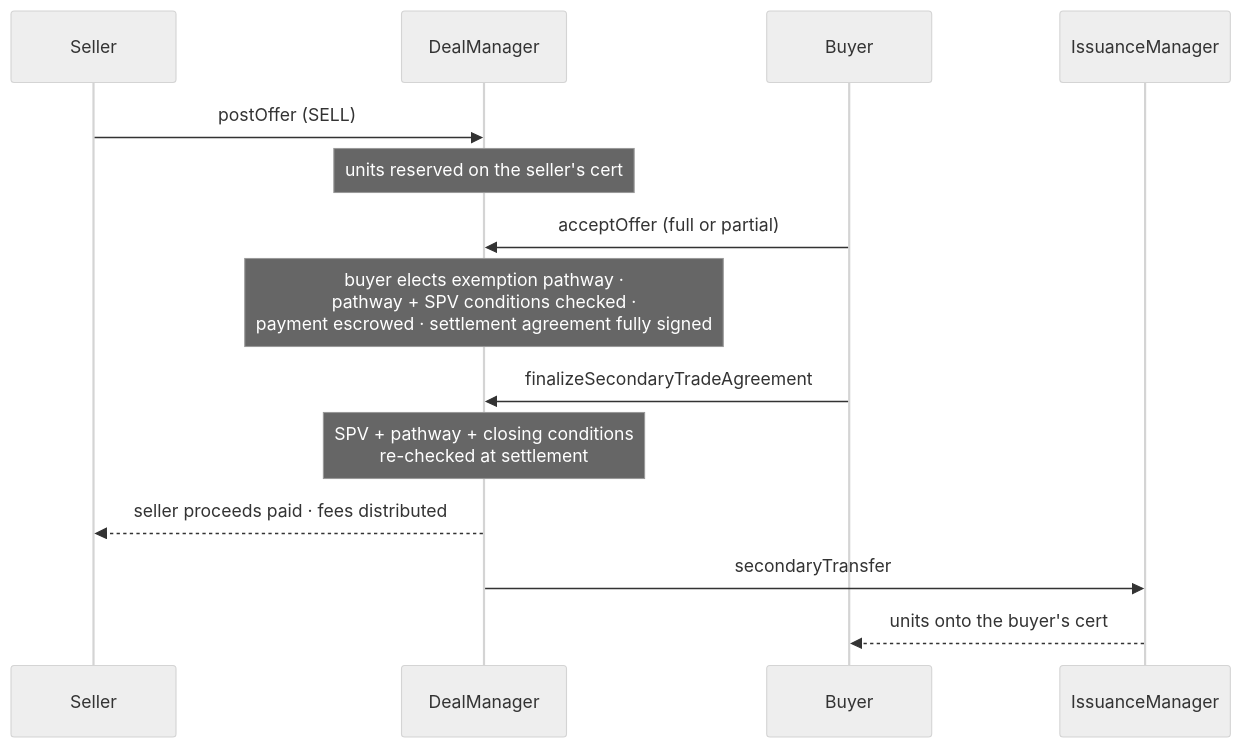
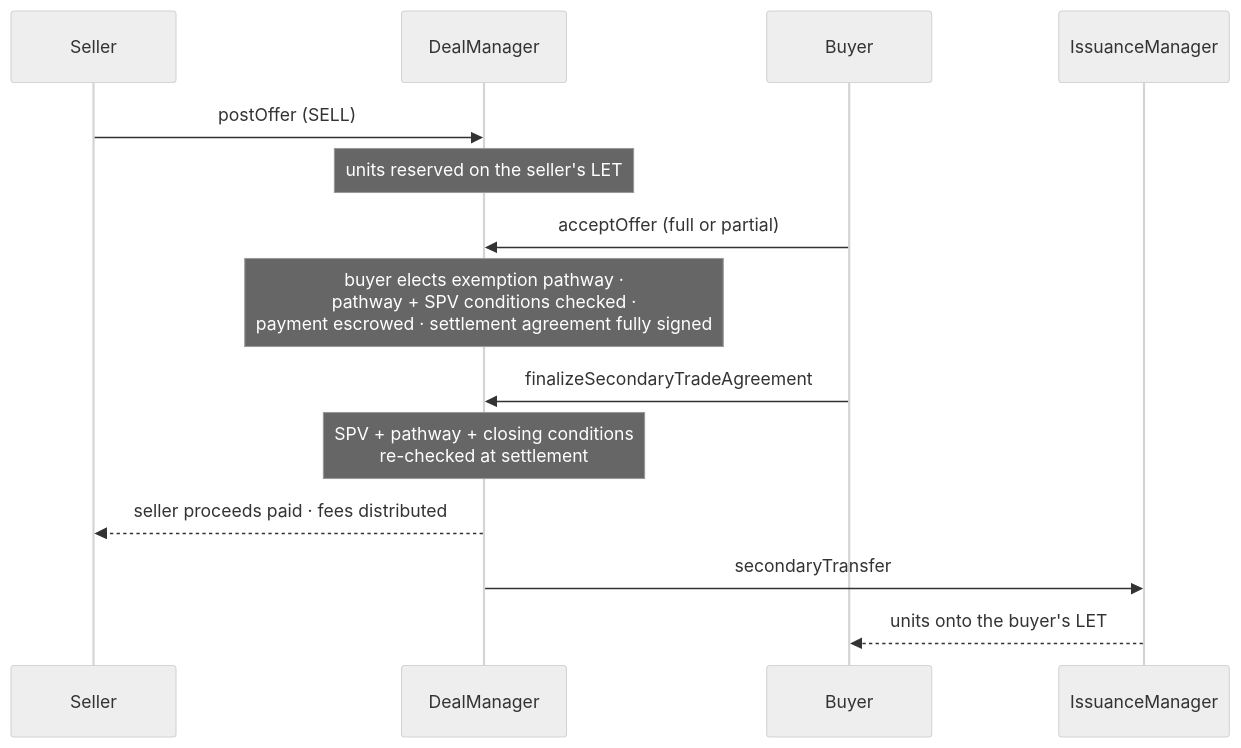
The diagram in docs/how-to/run-a-secondary-trade.md (MetaLex-Tech/cybercorps-contracts), drawn with Mermaid (neutral theme) before and after one commit. The commit also changed other lines of this file and 74 other files, not shown here.

````diff
--- a/docs/how-to/run-a-secondary-trade.md
+++ b/docs/how-to/run-a-secondary-trade.md
@@ -19,16 +21,16 @@
 ```mermaid
 sequenceDiagram
     participant S as Seller
     participant DM as DealManager
     participant B as Buyer
     participant IM as IssuanceManager
     S->>DM: postOffer (SELL)
-    Note over DM: units reserved on the seller's cert
+    Note over DM: units reserved on the seller's LET
     B->>DM: acceptOffer (full or partial)
     Note over DM: buyer elects exemption pathway ·<br/>pathway + SPV conditions checked ·<br/>payment escrowed · settlement agreement fully signed
     B->>DM: finalizeSecondaryTradeAgreement
     Note over DM: SPV + pathway + closing conditions<br/>re-checked at settlement
     DM-->>S: seller proceeds paid · fees distributed
     DM->>IM: secondaryTransfer
-    IM-->>B: units onto the buyer's cert
+    IM-->>B: units onto the buyer's LET
 ```
````
